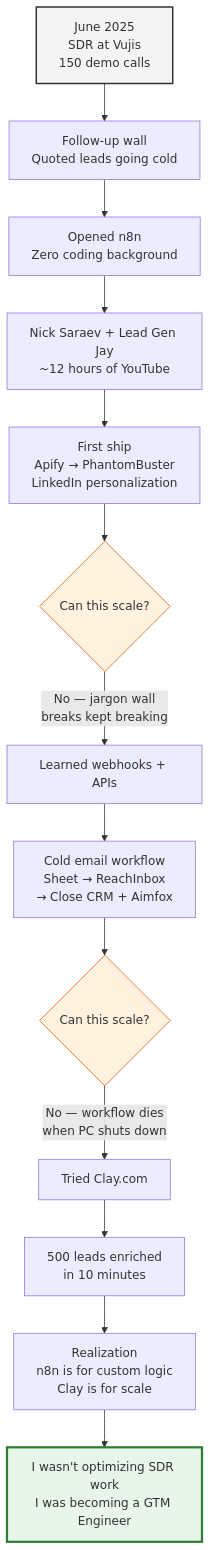
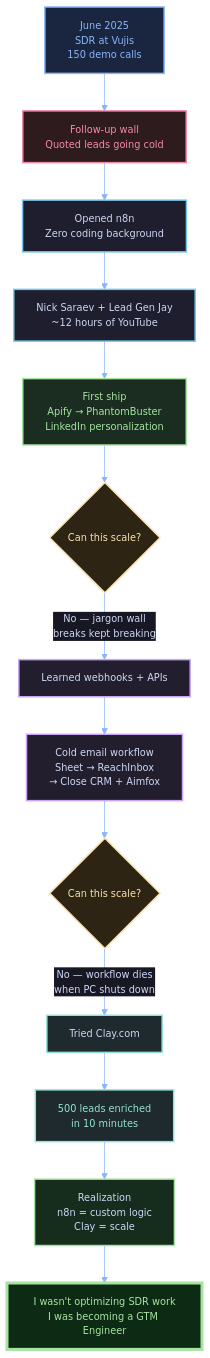
The diagram in gtme-origin-post/actual-path.mmd (bala-vujis/Pershe), drawn with Mermaid before and after one commit. The commit also changed 3 other files, not shown here.

First line of the commit message:
Redesign diagrams with dark theme and color-coded nodes

```diff
--- a/gtme-origin-post/actual-path.mmd
+++ b/gtme-origin-post/actual-path.mmd
@@ -1,18 +1,28 @@
+%%{init: {'theme': 'base', 'themeVariables': {'primaryColor': '#1e1e2e', 'primaryTextColor': '#cdd6f4', 'primaryBorderColor': '#45475a', 'lineColor': '#89b4fa', 'edgeLabelBackground': '#181825', 'background': '#0d1117', 'fontFamily': 'ui-monospace, SFMono-Regular, monospace', 'fontSize': '13px'}}}%%
 flowchart TD
     A["June 2025<br/>SDR at Vujis<br/>150 demo calls"] --> B["Follow-up wall<br/>Quoted leads going cold"]
     B --> C["Opened n8n<br/>Zero coding background"]
     C --> D["Nick Saraev + Lead Gen Jay<br/>~12 hours of YouTube"]
     D --> E["First ship<br/>Apify → PhantomBuster<br/>LinkedIn personalization"]
     E --> F{"Can this scale?"}
     F -->|"No — jargon wall<br/>breaks kept breaking"| G["Learned webhooks + APIs"]
     G --> H["Cold email workflow<br/>Sheet → ReachInbox<br/>→ Close CRM + Aimfox"]
     H --> I{"Can this scale?"}
     I -->|"No — workflow dies<br/>when PC shuts down"| J["Tried Clay.com"]
     J --> K["500 leads enriched<br/>in 10 minutes"]
-    K --> L["Realization<br/>n8n is for custom logic<br/>Clay is for scale"]
+    K --> L["Realization<br/>n8n = custom logic<br/>Clay = scale"]
     L --> M["I wasn't optimizing SDR work<br/>I was becoming a GTM Engineer"]
 
-    style A fill:#f4f4f4,stroke:#333,stroke-width:2px
-    style M fill:#e8f5e9,stroke:#2e7d32,stroke-width:3px
-    style F fill:#fff3e0,stroke:#e65100
-    style I fill:#fff3e0,stroke:#e65100
+    style A fill:#1a2640,stroke:#89b4fa,stroke-width:2px,color:#89b4fa
+    style B fill:#2d1b1e,stroke:#f38ba8,stroke-width:2px,color:#f38ba8
+    style C fill:#1e1e2e,stroke:#74c7ec,stroke-width:2px,color:#cdd6f4
+    style D fill:#1e1e2e,stroke:#74c7ec,stroke-width:2px,color:#cdd6f4
+    style E fill:#1a2d20,stroke:#a6e3a1,stroke-width:2px,color:#a6e3a1
+    style F fill:#2d2414,stroke:#f9e2af,stroke-width:2px,color:#f9e2af
+    style G fill:#221e2d,stroke:#cba6f7,stroke-width:2px,color:#cdd6f4
+    style H fill:#221e2d,stroke:#cba6f7,stroke-width:2px,color:#cdd6f4
+    style I fill:#2d2414,stroke:#f9e2af,stroke-width:2px,color:#f9e2af
+    style J fill:#1e2a2d,stroke:#94e2d5,stroke-width:2px,color:#cdd6f4
+    style K fill:#1e2a2d,stroke:#94e2d5,stroke-width:2px,color:#94e2d5
+    style L fill:#162d1e,stroke:#a6e3a1,stroke-width:2px,color:#cdd6f4
+    style M fill:#0d2b14,stroke:#a6e3a1,stroke-width:4px,color:#a6e3a1
```
